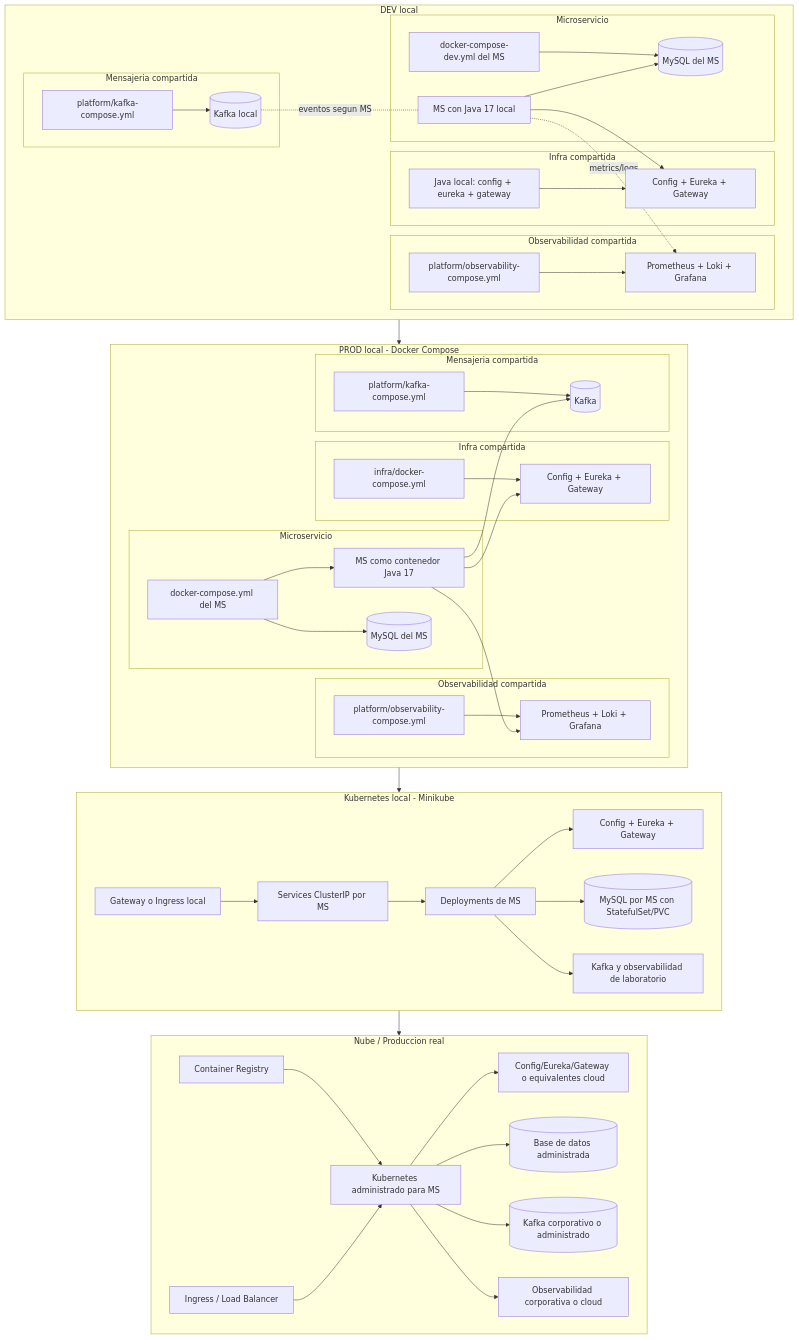
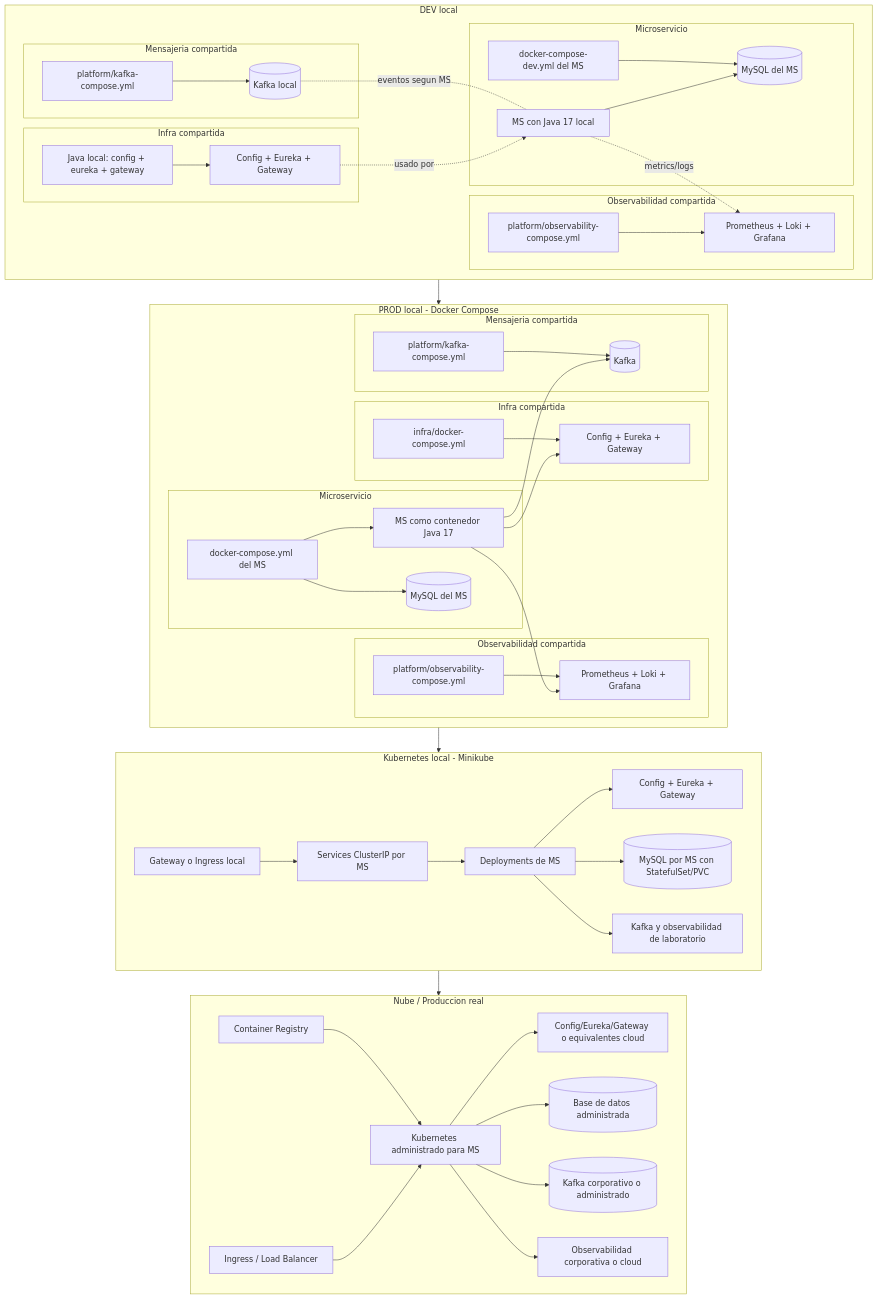
One commit to 262dist/pagatu changed the tenth of 10 diagrams in README.md. Above: the diagram before and after it, drawn with Mermaid.

```diff
--- a/README.md
+++ b/README.md
@@ -571,7 +571,7 @@
         end
 
         devmessaging -. eventos segun MS .- devjava
-        devjava --> devshared
+        devshared -. usado por .-> devjava
         devjava --> devmysql
         devjava -. metrics/logs .-> devobs
     end
```
